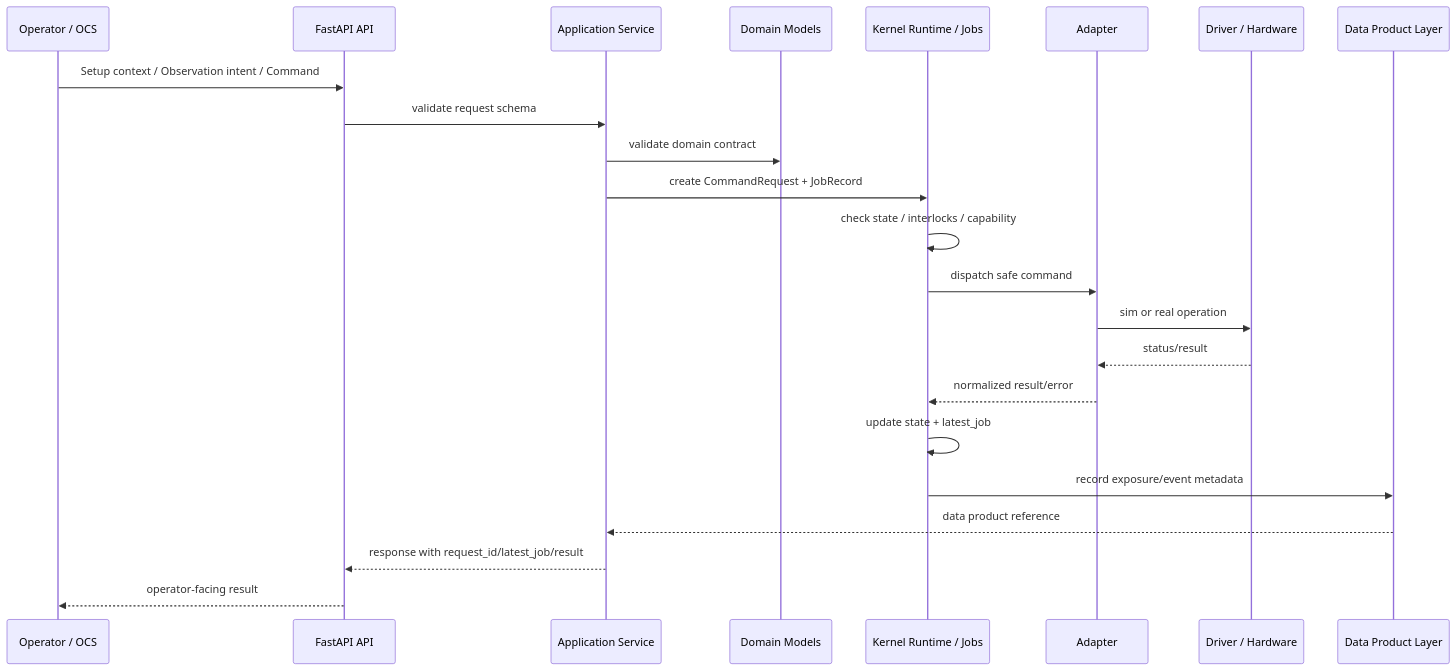
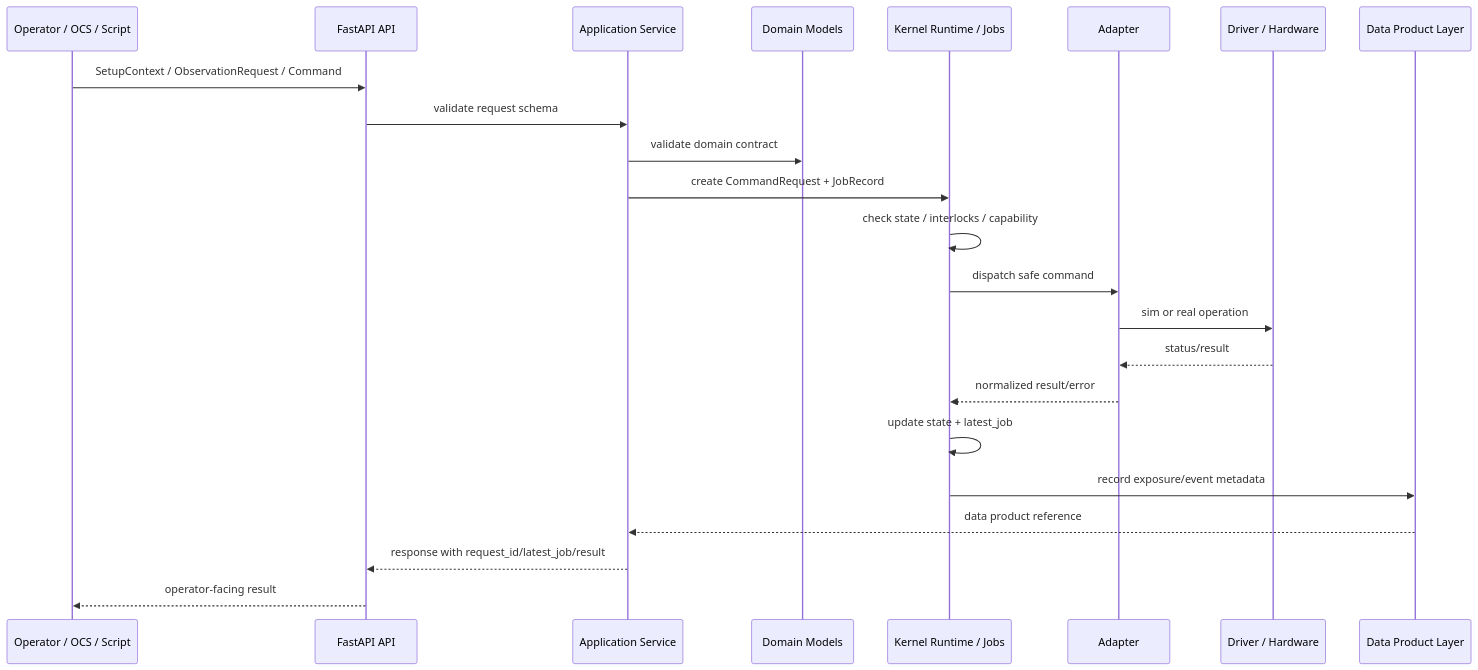
Before and after one commit to UmutMahmut/just-longslit-ics2: the second of 2 diagrams in docs/ics2_software_development_strategy.md, drawn with Mermaid. The commit also changed other lines of this file, not shown here.

````diff
--- a/docs/ics2_software_development_strategy.md
+++ b/docs/ics2_software_development_strategy.md
@@ -283,26 +308,26 @@
 ```mermaid
 sequenceDiagram
-    participant O as Operator / OCS
+    participant O as Operator / OCS / Script
     participant API as FastAPI API
     participant APP as Application Service
     participant D as Domain Models
     participant K as Kernel Runtime / Jobs
     participant A as Adapter
     participant HW as Driver / Hardware
     participant DP as Data Product Layer
 
-    O->>API: Setup context / Observation intent / Command
+    O->>API: SetupContext / ObservationRequest / Command
     API->>APP: validate request schema
     APP->>D: validate domain contract
     APP->>K: create CommandRequest + JobRecord
     K->>K: check state / interlocks / capability
     K->>A: dispatch safe command
     A->>HW: sim or real operation
     HW-->>A: status/result
     A-->>K: normalized result/error
     K->>K: update state + latest_job
     K->>DP: record exposure/event metadata
     DP-->>APP: data product reference
     APP-->>API: response with request_id/latest_job/result
     API-->>O: operator-facing result
 ```
````
